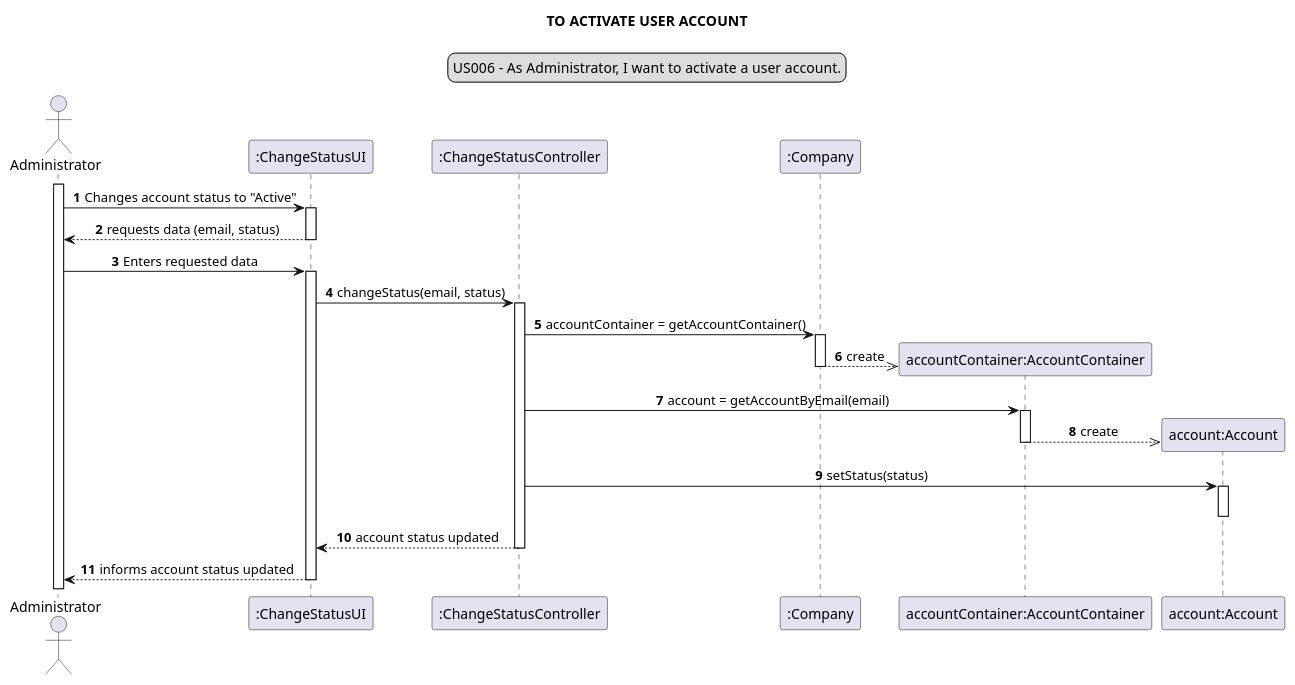
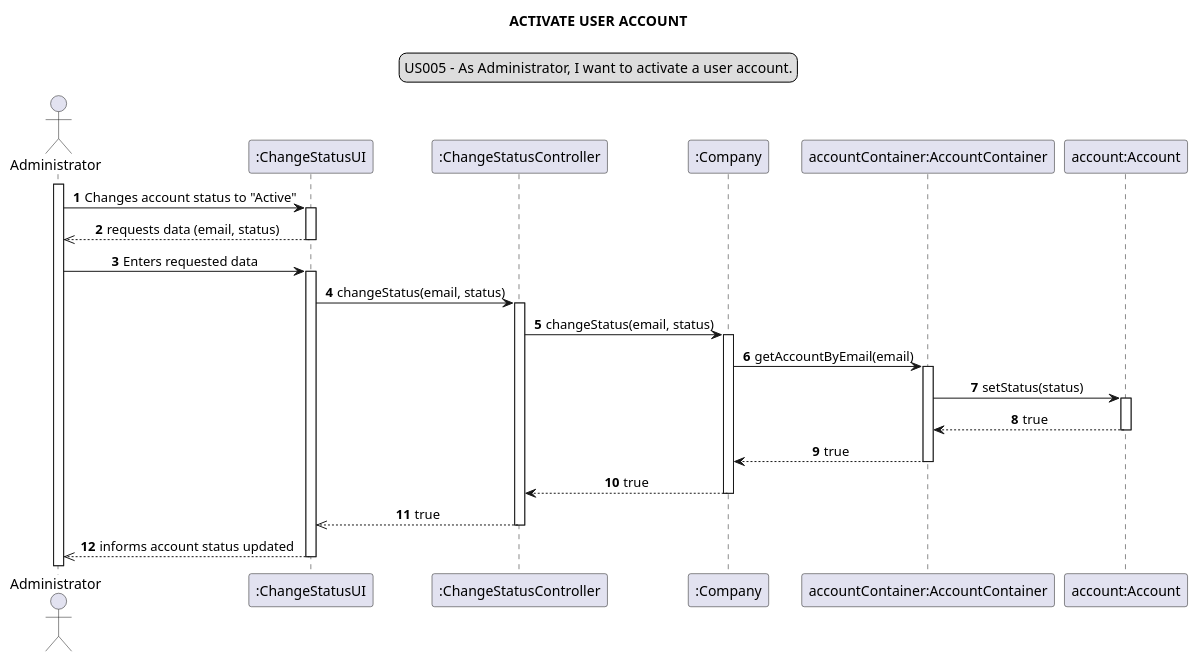
The diagram in docs/modelling_design/user_stories/us006/US006_sequenceDiagram.puml (Loracline/project_switch_22-23), drawn with PlantUML before and after one commit. The commit also changed 3 other files, not shown here.

Commit message:
US 005,006 : Design : Refinement of sequence diagram and class diagram

```diff
--- a/docs/modelling_design/user_stories/us006/US006_sequenceDiagram.puml
+++ b/docs/modelling_design/user_stories/us006/US006_sequenceDiagram.puml
@@ -1,43 +1,41 @@
 @startuml
-
 legend top
-US006 - As Administrator, I want to activate a user account.
+US005 - As Administrator, I want to activate a user account.
 end legend
 skinparam sequenceMessageAlign center
-title TO ACTIVATE USER ACCOUNT
+title ACTIVATE USER ACCOUNT
 autonumber
 actor "Administrator" as admin
 participant ":ChangeStatusUI" as ui
 participant ":ChangeStatusController" as controller
 participant ":Company" as company
 participant "accountContainer:AccountContainer" as container
 participant "account:Account" as account
 
 activate admin
 admin -> ui : Changes account status to "Active"
 activate ui
-ui --> admin: requests data (email, status)
+ui -->> admin: requests data (email, status)
 deactivate ui
 admin -> ui: Enters requested data
 activate ui
 ui -> controller: changeStatus(email, status)
 activate controller
-controller -> company: accountContainer = getAccountContainer()
+controller -> company: changeStatus(email, status)
 activate company
-create container
-company -->> container: create
+company -> container: getAccountByEmail(email)
+activate container
+container -> account: setStatus(status)
+activate account
+container <-- account: true
+deactivate account
+container --> company: true
+deactivate container
+company --> controller: true
 deactivate company
-controller -> container: account = getAccountByEmail(email)
-activate container
-create account
-container -->> account: create
-deactivate container
-controller -> account: setStatus(status)
-activate account
-deactivate account
-controller --> ui: account status updated
+controller -->> ui: true
 deactivate controller
-ui --> admin: informs account status updated
+ui -->> admin: informs account status updated
 deactivate ui
 
 @enduml
```
